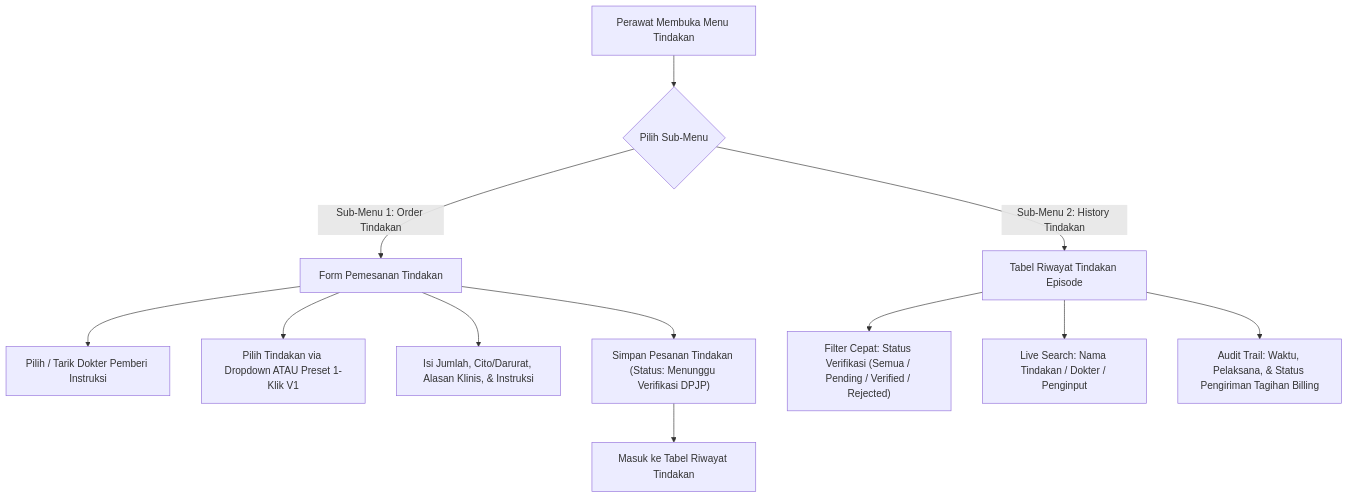
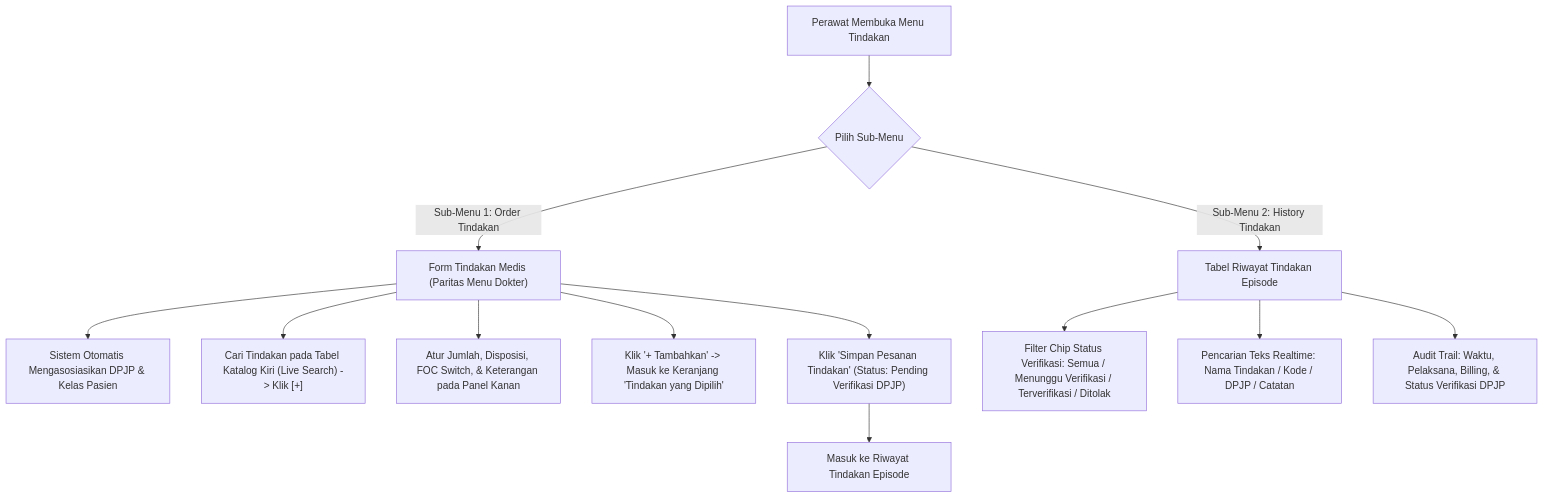
The diagram in docs/module-blueprints/rawat-inap/keperawatan/roadmap/rencana-kerja/tindakan/rencana-kerja-tindakan.md (DevBenari/NewQuilvianSystemBackend), drawn with Mermaid before and after one commit. The commit also changed other lines of this file and 18 other files, not shown here.

Commit message:
feat: add comprehensive documentation for the Obat & Alat Kesehatan module in Rawat Inap, including UI/UX specifications, business process flows, and API endpoints

````diff
--- a/docs/module-blueprints/rawat-inap/keperawatan/roadmap/rencana-kerja/tindakan/rencana-kerja-tindakan.md
+++ b/docs/module-blueprints/rawat-inap/keperawatan/roadmap/rencana-kerja/tindakan/rencana-kerja-tindakan.md
@@ -29,16 +33,17 @@
 ```mermaid
 flowchart TD
     A["Perawat Membuka Menu Tindakan"] --> B{"Pilih Sub-Menu"}
     
-    B -->|"Sub-Menu 1: Order Tindakan"| C["Form Pemesanan Tindakan"]
-    C --> C1["Pilih / Tarik Dokter Pemberi Instruksi"]
-    C --> C2["Pilih Tindakan via Dropdown ATAU Preset 1-Klik V1"]
-    C --> C3["Isi Jumlah, Cito/Darurat, Alasan Klinis, & Instruksi"]
-    C --> C4["Simpan Pesanan Tindakan (Status: Menunggu Verifikasi DPJP)"]
-    C4 --> D["Masuk ke Tabel Riwayat Tindakan"]
+    B -->|"Sub-Menu 1: Order Tindakan"| C["Form Tindakan Medis (Paritas Menu Dokter)"]
+    C --> C1["Sistem Otomatis Mengasosiasikan DPJP & Kelas Pasien"]
+    C --> C2["Cari Tindakan pada Tabel Katalog Kiri (Live Search) -> Klik [+]"]
+    C --> C3["Atur Jumlah, Disposisi, FOC Switch, & Keterangan pada Panel Kanan"]
+    C --> C4["Klik '+ Tambahkan' -> Masuk ke Keranjang 'Tindakan yang Dipilih'"]
+    C --> C5["Klik 'Simpan Pesanan Tindakan' (Status: Pending Verifikasi DPJP)"]
+    C5 --> D["Masuk ke Riwayat Tindakan Episode"]
 
     B -->|"Sub-Menu 2: History Tindakan"| E["Tabel Riwayat Tindakan Episode"]
-    E --> E1["Filter Cepat: Status Verifikasi (Semua / Pending / Verified / Rejected)"]
-    E --> E2["Live Search: Nama Tindakan / Dokter / Penginput"]
-    E --> E3["Audit Trail: Waktu, Pelaksana, & Status Pengiriman Tagihan Billing"]
+    E --> E1["Filter Chip Status Verifikasi: Semua / Menunggu Verifikasi / Terverifikasi / Ditolak"]
+    E --> E2["Pencarian Teks Realtime: Nama Tindakan / Kode / DPJP / Catatan"]
+    E --> E3["Audit Trail: Waktu, Pelaksana, Billing, & Status Verifikasi DPJP"]
 ```
````
